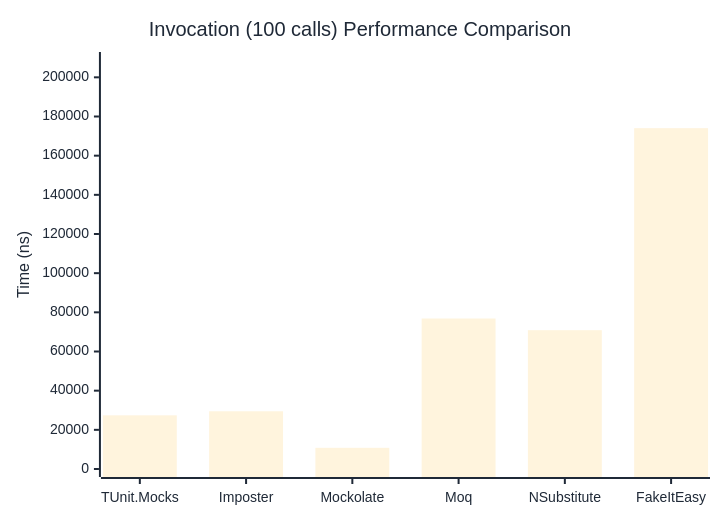
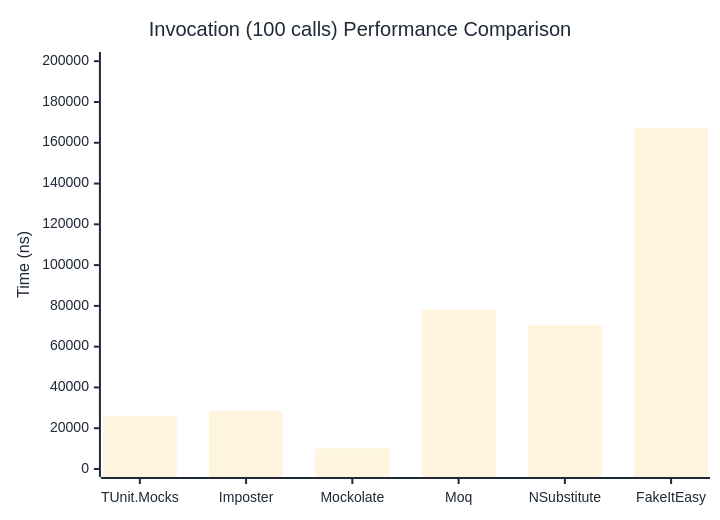
One commit to thomhurst/TUnit changed the third of 3 diagrams in docs/docs/benchmarks/mocks/Invocation.md. Above: the diagram before and after it, drawn with Mermaid. The commit also changed other lines of this file and 14 other files, not shown here.

````diff
--- a/docs/docs/benchmarks/mocks/Invocation.md
+++ b/docs/docs/benchmarks/mocks/Invocation.md
@@ -110,27 +110,27 @@
 ```mermaid
 %%{init: {
   'theme':'base',
   'themeVariables': {
     'primaryColor': '#2563eb',
     'primaryTextColor': '#1f2937',
     'primaryBorderColor': '#1e40af',
     'lineColor': '#6b7280',
     'secondaryColor': '#7c3aed',
     'tertiaryColor': '#dc2626',
     'background': '#ffffff',
     'pie1': '#2563eb',
     'pie2': '#7c3aed',
     'pie3': '#dc2626',
     'pie4': '#f59e0b',
     'pie5': '#10b981',
     'pie6': '#06b6d4',
     'pie7': '#ec4899',
     'pie8': '#6366f1'
   }
 }}%%
 xychart-beta
   title "Invocation (100 calls) Performance Comparison"
   x-axis ["TUnit.Mocks", "Imposter", "Mockolate", "Moq", "NSubstitute", "FakeItEasy"]
-  y-axis "Time (ns)" 0 --> 208850
-  bar [27403.83, 29480.58, 10810.59, 76844.63, 70881.18, 174040.9]
+  y-axis "Time (ns)" 0 --> 200590
+  bar [25914.65, 28381.28, 10029.83, 78131.06, 70476.07, 167158.2]
 ```
````
